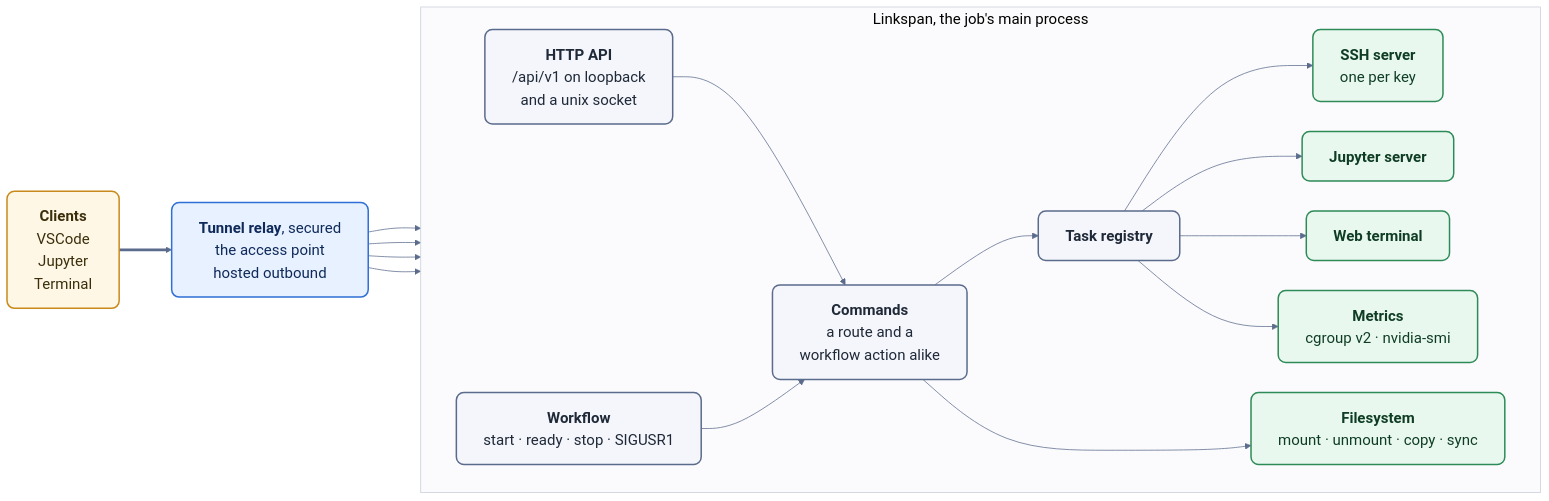
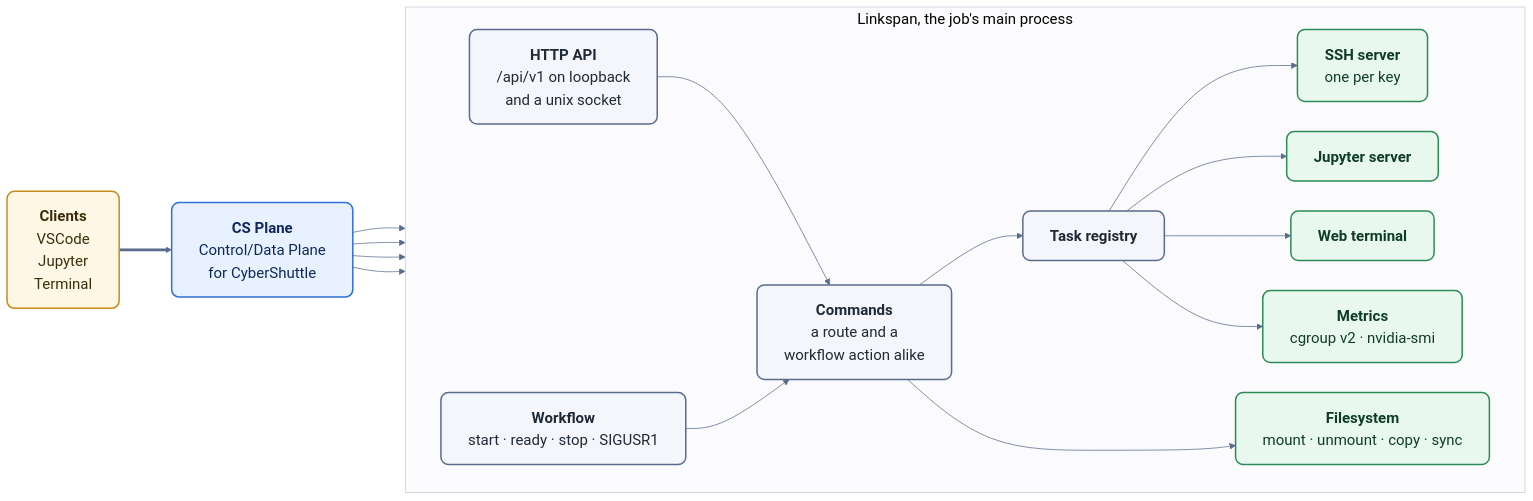
One commit to cyber-shuttle/linkspan changed the diagram in docs/assets/architecture.mmd. Above: the diagram before and after it, drawn with Mermaid. The commit also changed 2 other files, not shown here.

Commit message:
Show CS Plane in the architecture figure (#64)

```diff
--- a/docs/assets/architecture.mmd
+++ b/docs/assets/architecture.mmd
@@ -1,38 +1,38 @@
 %%{init: {"theme": "base", "flowchart": {"curve": "basis", "nodeSpacing": 40, "rankSpacing": 70, "padding": 18, "wrappingWidth": 320},
   "themeVariables": {"fontFamily": "Helvetica", "fontSize": "20px",
   "primaryColor": "#f4f6fb", "primaryBorderColor": "#5b6b8c", "primaryTextColor": "#1f2937",
   "lineColor": "#5b6b8c", "clusterBkg": "#fbfbfd", "clusterBorder": "#c7cdd9", "edgeLabelBackground": "#ffffff"}}}%%
 flowchart LR
     classDef outside fill:#fff7e6,stroke:#c98a1b,stroke-width:2px,color:#3b2f0b,rx:10,ry:10
     classDef entry fill:#e8f1ff,stroke:#2f6fd6,stroke-width:2px,color:#0f2a5a,rx:10,ry:10
     classDef core fill:#f4f6fb,stroke:#5b6b8c,stroke-width:2px,color:#1f2937,rx:10,ry:10
     classDef server fill:#e9f8ef,stroke:#2e8b57,stroke-width:2px,color:#0f3d24,rx:10,ry:10
 
     clients["<b>Clients</b><br/>VSCode<br/>Jupyter<br/>Terminal"]:::outside
-    relay["<b>Tunnel relay</b>, secured<br/>the access point<br/>hosted outbound"]:::entry
+    relay["<b>CS Plane</b><br/>Control/Data Plane<br/>for CyberShuttle"]:::entry
     subgraph ls[" Linkspan, the job's main process "]
         direction LR
         api["<b>HTTP API</b><br/>/api/v1 on loopback<br/>and a unix socket"]:::core
         wf["<b>Workflow</b><br/>start · ready · stop · SIGUSR1"]:::core
         cmd["<b>Commands</b><br/>a route and a<br/>workflow action alike"]:::core
         reg["<b>Task registry</b>"]:::core
         sshd["<b>SSH server</b><br/>one per key"]:::server
         jup["<b>Jupyter server</b>"]:::server
         ttyd["<b>Web terminal</b>"]:::server
         met["<b>Metrics</b><br/>cgroup v2 · nvidia-smi"]:::server
         fs["<b>Filesystem</b><br/>mount · unmount · copy · sync"]:::server
         api --> cmd
         wf --> cmd
         cmd --> reg
         reg --> sshd
         reg --> jup
         reg --> ttyd
         reg --> met
         cmd --> fs
         reg ~~~ fs
     end
     clients ==> relay
     relay --> api
     relay --> sshd
     relay --> jup
     relay --> ttyd
```
